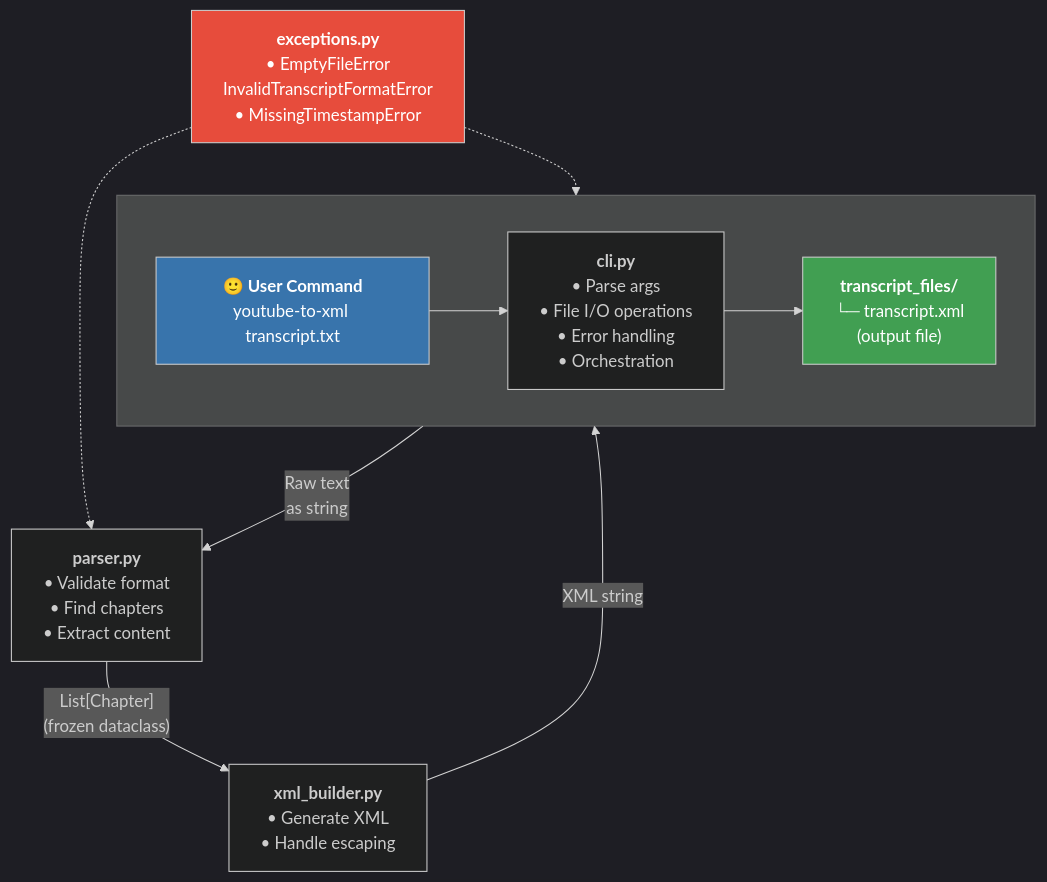
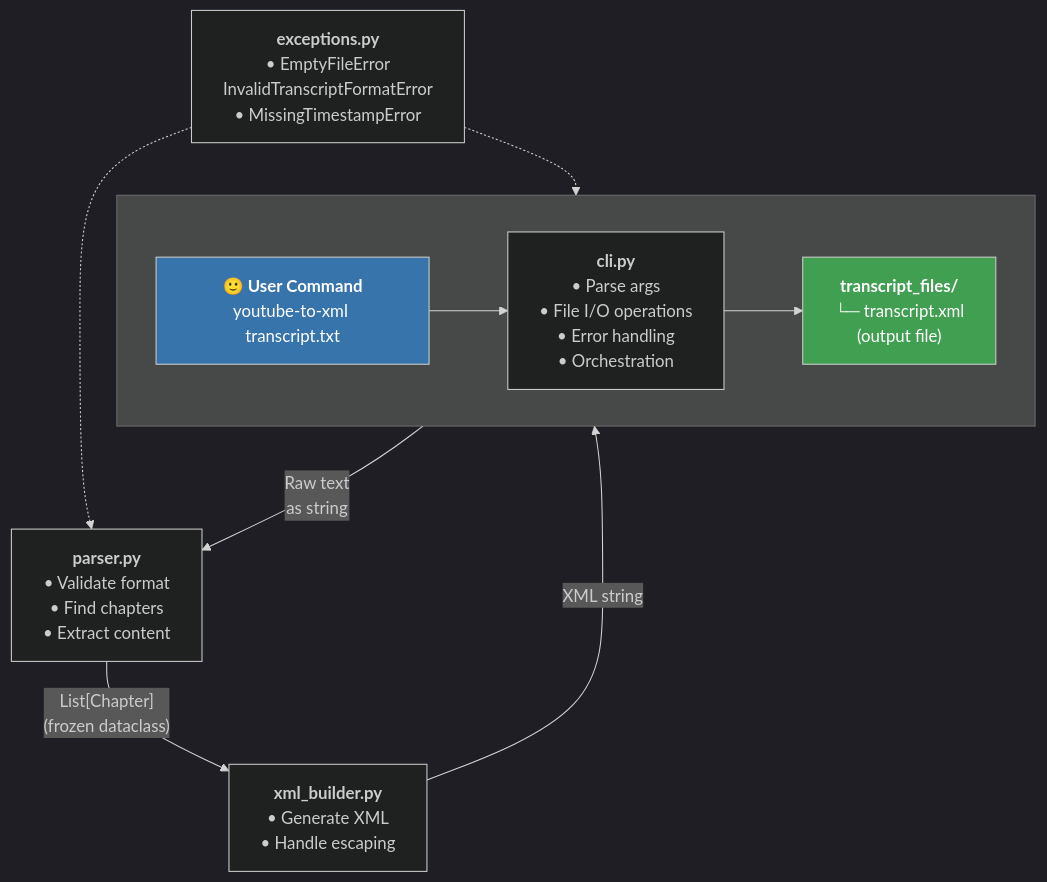
One commit to michellepace/youtube-to-xml changed the diagram in docs/SPEC.md. Above: the diagram before and after it, drawn with Mermaid.

Commit message:
docs: change mermaid theme to dark

````diff
--- a/docs/SPEC.md
+++ b/docs/SPEC.md
@@ -29,49 +29,48 @@
 ```mermaid
 ---
 config:
   theme: dark
 ---
 flowchart TD
     subgraph TOP[" "]
         direction LR
         
         CLI["`**🙂 User Command**
         youtube-to-xml transcript.txt`"]
 
         CLIMOD["`**cli.py**
         • Parse args
         • File I/O operations
         • Error handling
         • Orchestration`"]
 
         OUTPUT["`**transcript_files/**
         └─ transcript.xml<br>(output file)`"]
 
         CLI --> CLIMOD
         CLIMOD --> OUTPUT
     end
     
     EXCEPTIONS["`**exceptions.py**
     • EmptyFileError
     InvalidTranscriptFormatError
     • MissingTimestampError`"]
     
     PARSER["`**parser.py**
     • Validate format
     • Find chapters
     • Extract content`"]
     
     XMLBUILDER["`**xml_builder.py**
     • Generate XML
     • Handle escaping`"]
     
     CLIMOD --> |Raw text<br>as string| PARSER
     PARSER --> |"List[Chapter]<br>(frozen dataclass)"| XMLBUILDER
     XMLBUILDER --> |XML string| CLIMOD
     EXCEPTIONS -.-> PARSER
     EXCEPTIONS -.-> CLIMOD
     
     style CLI color:#fff,fill:#3874ac
     style OUTPUT color:#fff,fill:#419f52
-    style EXCEPTIONS color:#fff,fill:#e74c3c
 ```
````
